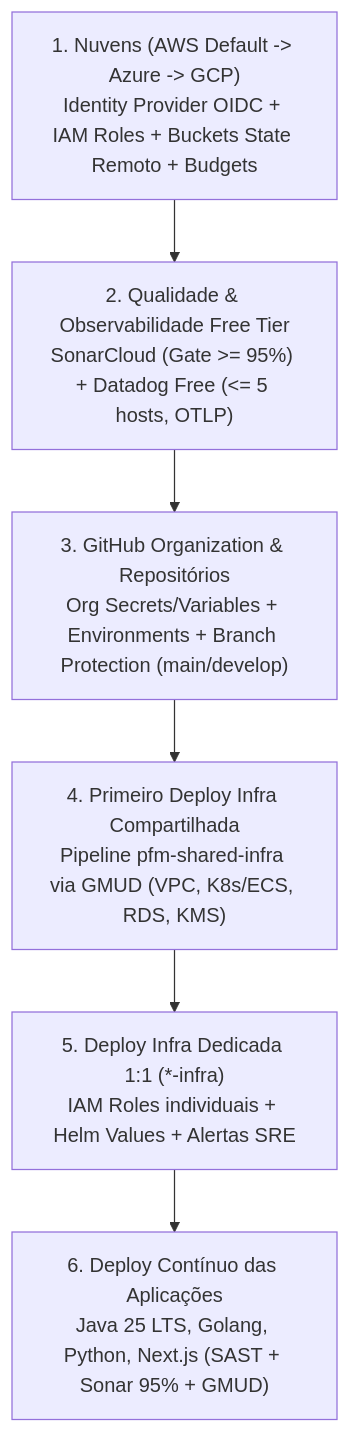
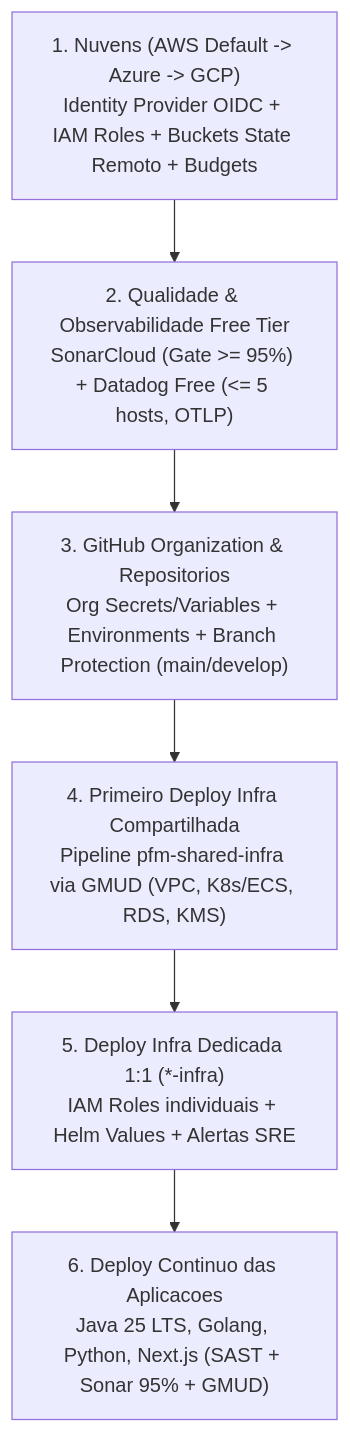
Before and after one commit to Sorobanerp/pfm-docs: the first of 2 diagrams in docs/operations/bootstrap-cloud-github.md, drawn with Mermaid. The commit also changed other lines of this file and 28 other files, not shown here.

````diff
--- a/docs/operations/bootstrap-cloud-github.md
+++ b/docs/operations/bootstrap-cloud-github.md
@@ -11,8 +11,8 @@
 ```mermaid
 flowchart TD
     A["1. Nuvens (AWS Default -> Azure -> GCP)<br/>Identity Provider OIDC + IAM Roles + Buckets State Remoto + Budgets"] --> B["2. Qualidade & Observabilidade Free Tier<br/>SonarCloud (Gate >= 95%) + Datadog Free (<= 5 hosts, OTLP)"]
-    B --> C["3. GitHub Organization & Repositórios<br/>Org Secrets/Variables + Environments + Branch Protection (main/develop)"]
+    B --> C["3. GitHub Organization & Repositorios<br/>Org Secrets/Variables + Environments + Branch Protection (main/develop)"]
     C --> D["4. Primeiro Deploy Infra Compartilhada<br/>Pipeline pfm-shared-infra via GMUD (VPC, K8s/ECS, RDS, KMS)"]
     D --> E["5. Deploy Infra Dedicada 1:1 (*-infra)<br/>IAM Roles individuais + Helm Values + Alertas SRE"]
-    E --> F["6. Deploy Contínuo das Aplicações<br/>Java 25 LTS, Golang, Python, Next.js (SAST + Sonar 95% + GMUD)"]
+    E --> F["6. Deploy Continuo das Aplicacoes<br/>Java 25 LTS, Golang, Python, Next.js (SAST + Sonar 95% + GMUD)"]
 ```
````
